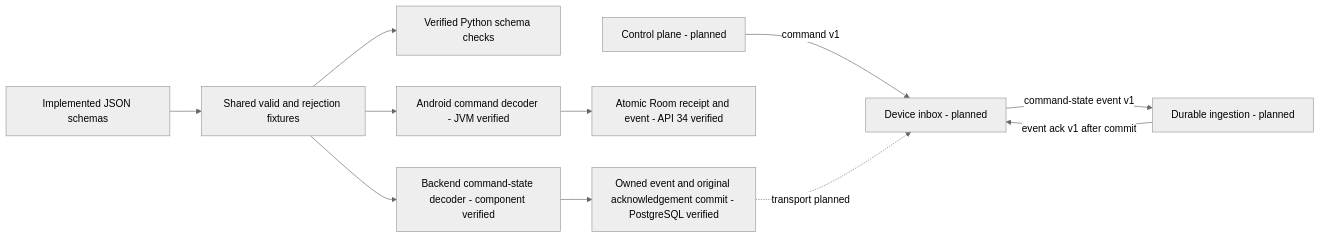
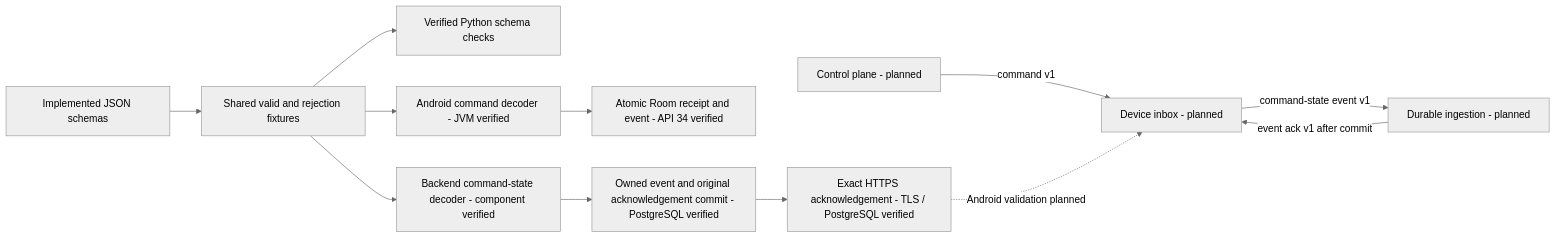
One commit to michaelnwanna/custom-android-mdm-agent changed the diagram in contracts/README.md. Above: the diagram before and after it, drawn with Mermaid (neutral theme). The commit also changed other lines of this file and 395 other files, not shown here.

````diff
--- a/contracts/README.md
+++ b/contracts/README.md
@@ -21,13 +23,14 @@
 ```mermaid
 flowchart LR
     Server[Control plane - planned] -->|command v1| Device[Device inbox - planned]
     Device -->|command-state event v1| Ingest[Durable ingestion - planned]
     Ingest -->|event ack v1 after commit| Device
     Schemas[Implemented JSON schemas] --> Fixtures[Shared valid and rejection fixtures]
     Fixtures --> Checks[Verified Python schema checks]
     Fixtures --> Decoder[Android command decoder - JVM verified]
     Decoder --> Journal[Atomic Room receipt and event - API 34 verified]
     Fixtures --> EventDecoder[Backend command-state decoder - component verified]
     EventDecoder --> EventStore[Owned event and original acknowledgement commit - PostgreSQL verified]
-    EventStore -. transport planned .-> Device
+    EventStore --> HttpsAck[Exact HTTPS acknowledgement - TLS / PostgreSQL verified]
+    HttpsAck -. Android validation planned .-> Device
 ```
````
